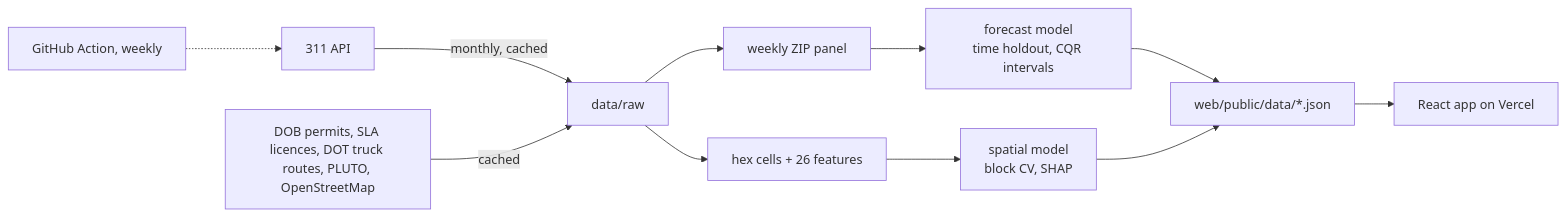
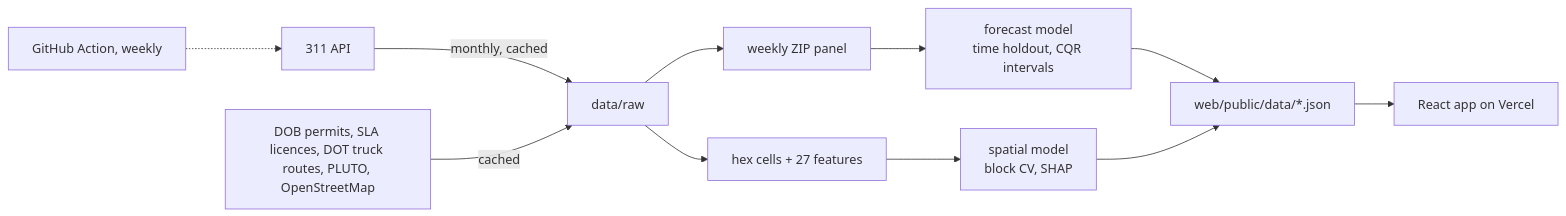
One commit to OrenSegal/ny-noise changed the diagram in Readme.md. Above: the diagram before and after it, drawn with Mermaid. The commit also changed other lines of this file and 24 other files, not shown here.

````diff
--- a/Readme.md
+++ b/Readme.md
@@ -67,13 +67,13 @@
 ```mermaid
 flowchart LR
     A[311 API] -->|monthly, cached| B[data/raw]
     S[DOB permits, SLA licences, DOT truck routes, PLUTO, OpenStreetMap] -->|cached| B
     B --> C[weekly ZIP panel]
-    B --> H[hex cells + 26 features]
+    B --> H[hex cells + 27 features]
     C --> D[forecast model<br/>time holdout, CQR intervals]
     H --> E[spatial model<br/>block CV, SHAP]
     D --> J[web/public/data/*.json]
     E --> J
     J --> W[React app on Vercel]
     G[GitHub Action, weekly] -.-> A
 ```
````
